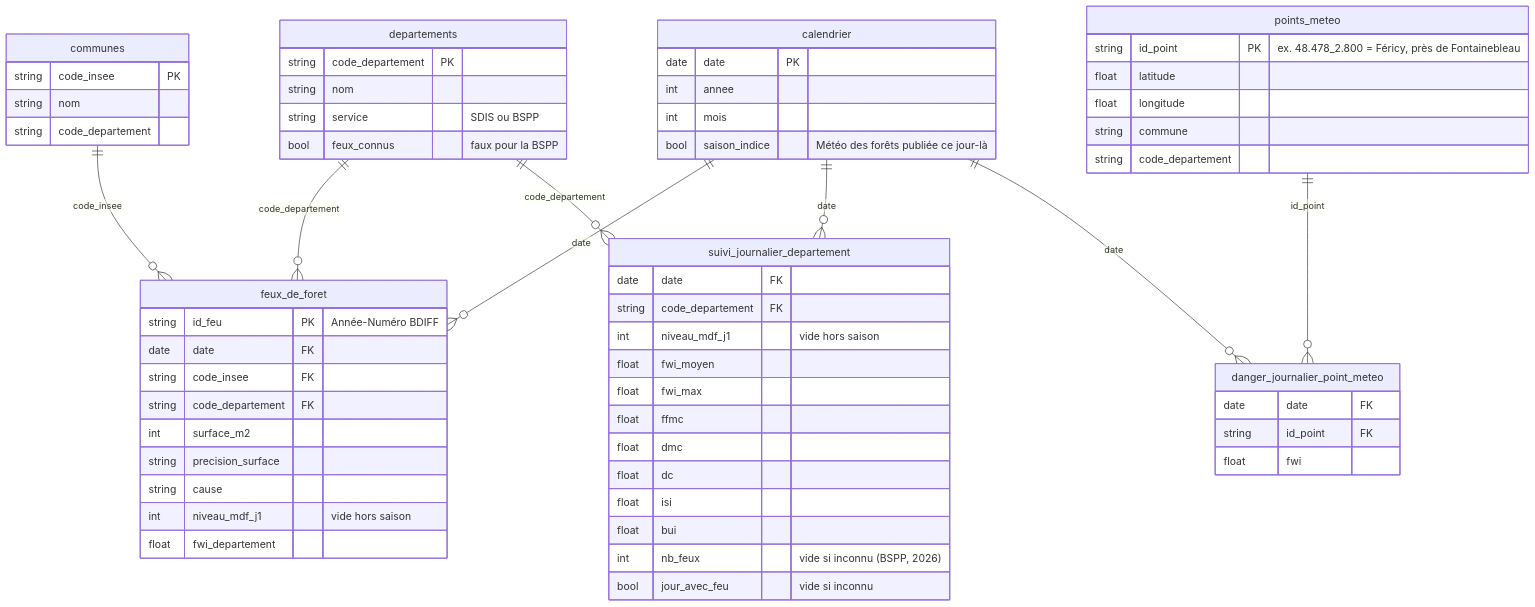
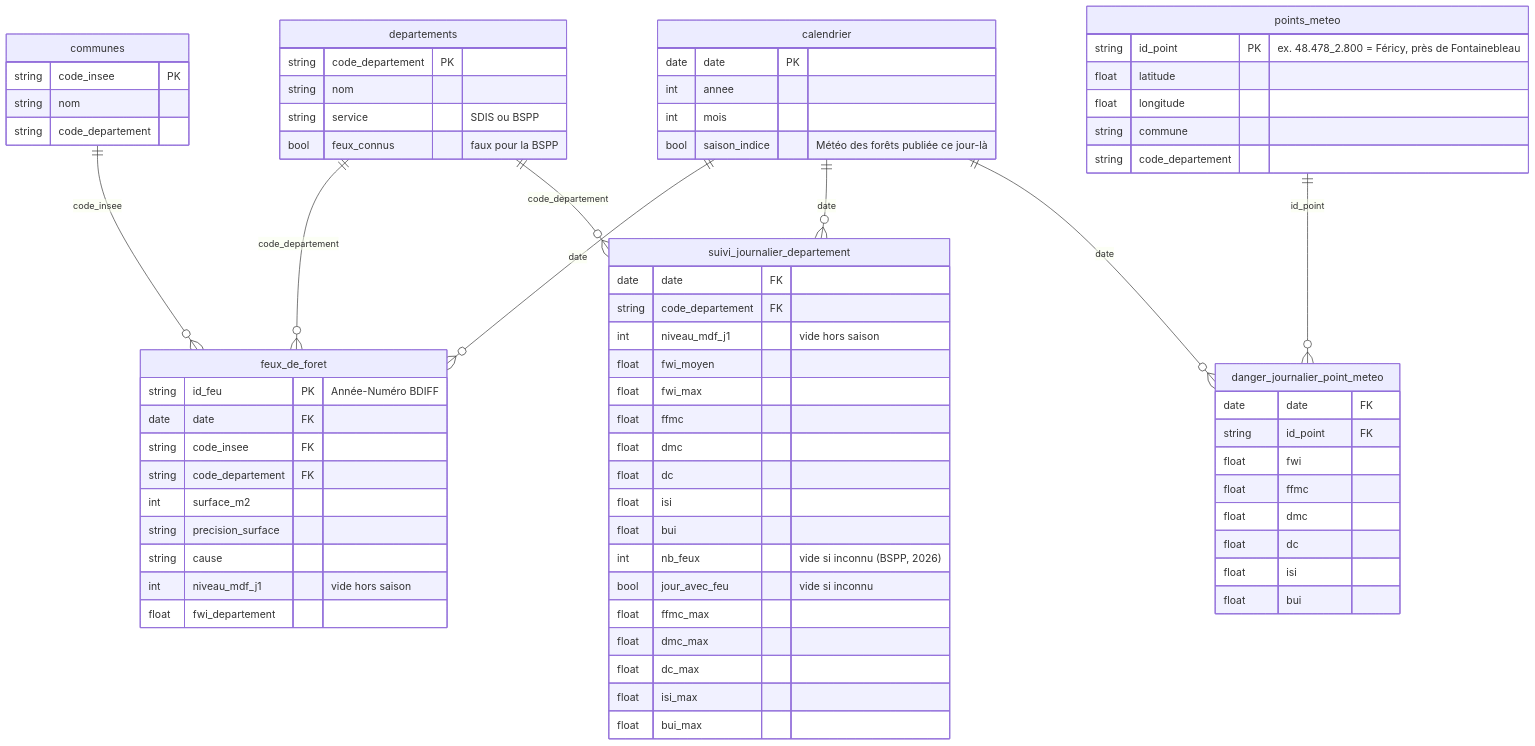
Before and after one commit to abou-S/feux-de-foret-ile-de-france: the diagram in pipeline/README.md, drawn with Mermaid. The commit also changed other lines of this file and 16 other files, not shown here.

````diff
--- a/pipeline/README.md
+++ b/pipeline/README.md
@@ -54,65 +54,75 @@
 ```mermaid
 erDiagram
     calendrier ||--o{ feux_de_foret : "date"
     calendrier ||--o{ suivi_journalier_departement : "date"
     calendrier ||--o{ danger_journalier_point_meteo : "date"
     departements ||--o{ feux_de_foret : "code_departement"
     departements ||--o{ suivi_journalier_departement : "code_departement"
     communes ||--o{ feux_de_foret : "code_insee"
     points_meteo ||--o{ danger_journalier_point_meteo : "id_point"
 
     calendrier {
         date date PK
         int annee
         int mois
         bool saison_indice "Météo des forêts publiée ce jour-là"
     }
     departements {
         string code_departement PK
         string nom
         string service "SDIS ou BSPP"
         bool feux_connus "faux pour la BSPP"
     }
     communes {
         string code_insee PK
         string nom
         string code_departement
     }
     points_meteo {
         string id_point PK "ex. 48.478_2.800 = Féricy, près de Fontainebleau"
         float latitude
         float longitude
         string commune
         string code_departement
     }
     feux_de_foret {
         string id_feu PK "Année-Numéro BDIFF"
         date date FK
         string code_insee FK
         string code_departement FK
         int surface_m2
         string precision_surface
         string cause
         int niveau_mdf_j1 "vide hors saison"
         float fwi_departement
     }
     suivi_journalier_departement {
         date date FK
         string code_departement FK
         int niveau_mdf_j1 "vide hors saison"
         float fwi_moyen
         float fwi_max
         float ffmc
         float dmc
         float dc
         float isi
         float bui
         int nb_feux "vide si inconnu (BSPP, 2026)"
         bool jour_avec_feu "vide si inconnu"
+        float ffmc_max
+        float dmc_max
+        float dc_max
+        float isi_max
+        float bui_max
     }
     danger_journalier_point_meteo {
         date date FK
         string id_point FK
         float fwi
+        float ffmc
+        float dmc
+        float dc
+        float isi
+        float bui
     }
 ```
````
